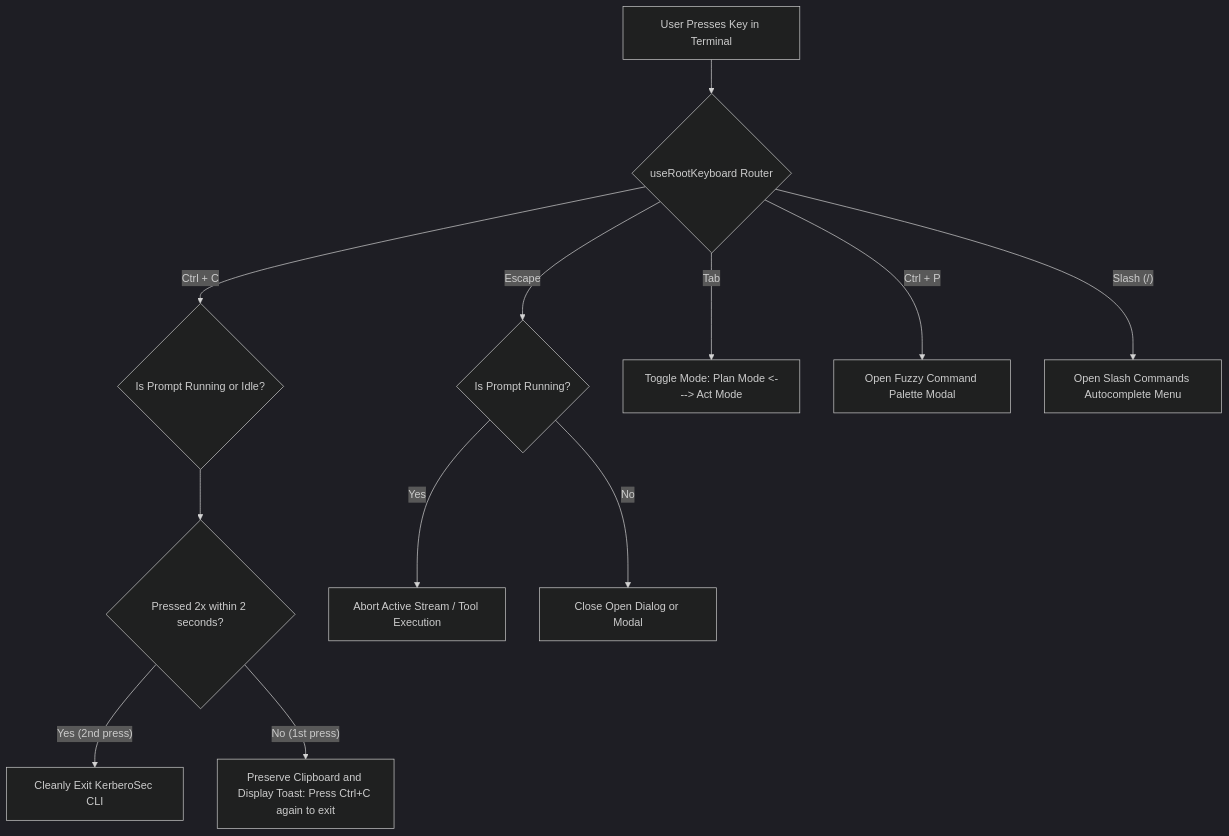
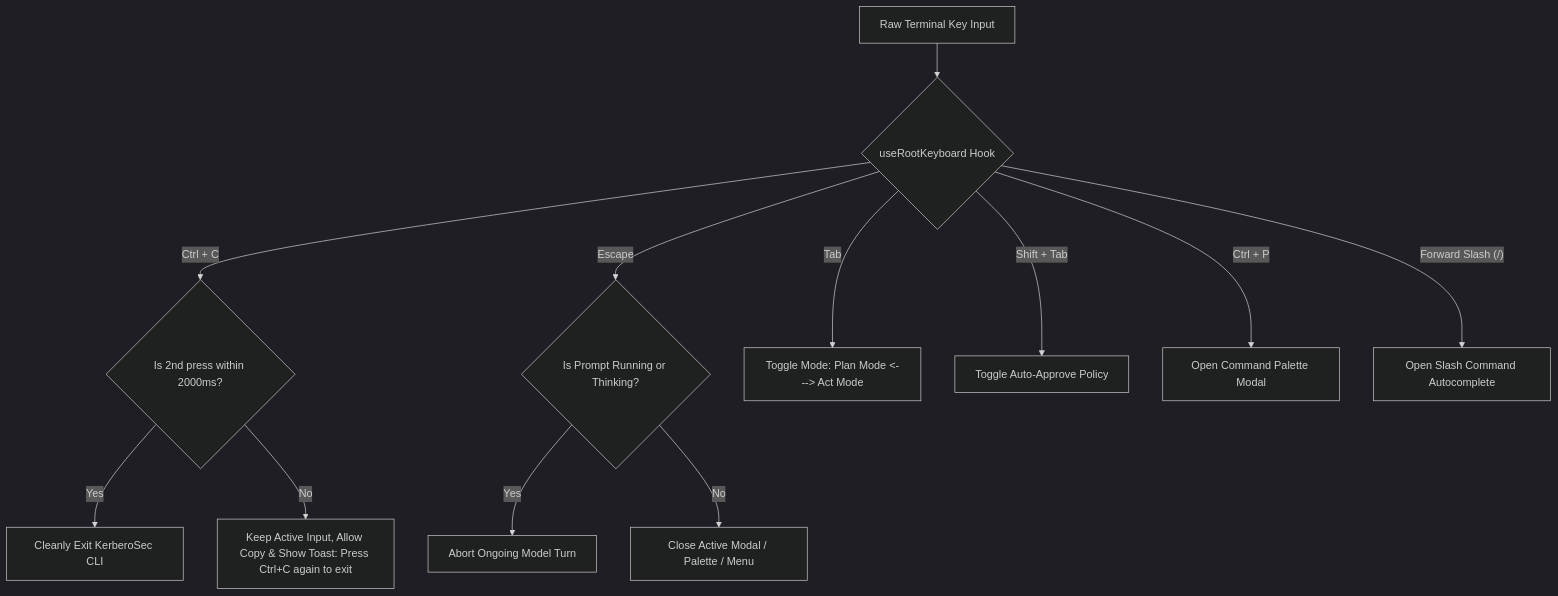
One commit to KerberoSec/KerberoSec-CLI changed the third of 12 diagrams in README.md. Above: the diagram before and after it, drawn with Mermaid (dark theme). The commit also changed other lines of this file, not shown here.

Commit message:
expand readme with comprehensive architecture diagrams and component breakdowns

````diff
--- a/README.md
+++ b/README.md
@@ -175,17 +153,17 @@
 ```mermaid
 flowchart TD
-    KeyInput["User Presses Key in Terminal"] --> KeyRouter{"useRootKeyboard Router"}
+    KeyRaw["Raw Terminal Key Input"] --> KeyRouter{"useRootKeyboard Hook"}
     
-    KeyRouter -- "Ctrl + C" --> CtrlCCheck{"Is Prompt Running or Idle?"}
-    CtrlCCheck --> PressTimer{"Pressed 2x within 2 seconds?"}
-    PressTimer -- "Yes (2nd press)" --> ExitApp["Cleanly Exit KerberoSec CLI"]
-    PressTimer -- "No (1st press)" --> CopyToast["Preserve Clipboard and Display Toast: Press Ctrl+C again to exit"]
+    KeyRouter -- "Ctrl + C" --> CtrlCDelay{"Is 2nd press within 2000ms?"}
+    CtrlCDelay -- "Yes" --> ExitApp["Cleanly Exit KerberoSec CLI"]
+    CtrlCDelay -- "No" --> ToastNotice["Keep Active Input, Allow Copy & Show Toast: Press Ctrl+C again to exit"]
 
-    KeyRouter -- "Escape" --> EscapeCheck{"Is Prompt Running?"}
-    EscapeCheck -- "Yes" --> AbortStream["Abort Active Stream / Tool Execution"]
-    EscapeCheck -- "No" --> CloseModal["Close Open Dialog or Modal"]
+    KeyRouter -- "Escape" --> RunningCheck{"Is Prompt Running or Thinking?"}
+    RunningCheck -- "Yes" --> AbortPrompt["Abort Ongoing Model Turn"]
+    RunningCheck -- "No" --> CloseDialog["Close Active Modal / Palette / Menu"]
 
     KeyRouter -- "Tab" --> ToggleMode["Toggle Mode: Plan Mode <---> Act Mode"]
-    KeyRouter -- "Ctrl + P" --> OpenPalette["Open Fuzzy Command Palette Modal"]
-    KeyRouter -- "Slash (/)" --> Autocomplete["Open Slash Commands Autocomplete Menu"]
+    KeyRouter -- "Shift + Tab" --> ToggleApprove["Toggle Auto-Approve Policy"]
+    KeyRouter -- "Ctrl + P" --> OpenPalette["Open Command Palette Modal"]
+    KeyRouter -- "Forward Slash (/)" --> TriggerSlash["Open Slash Command Autocomplete"]
 ```
````
